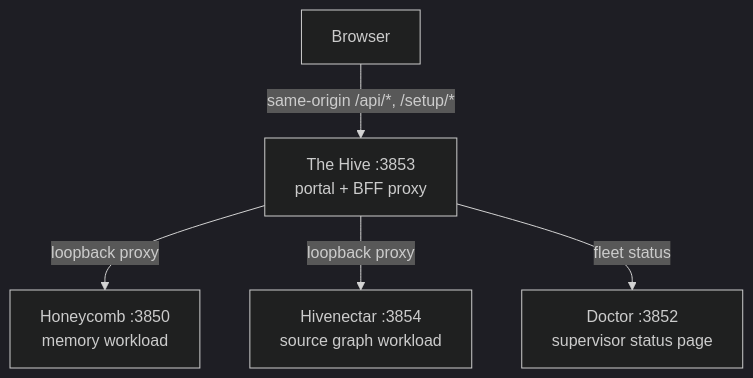
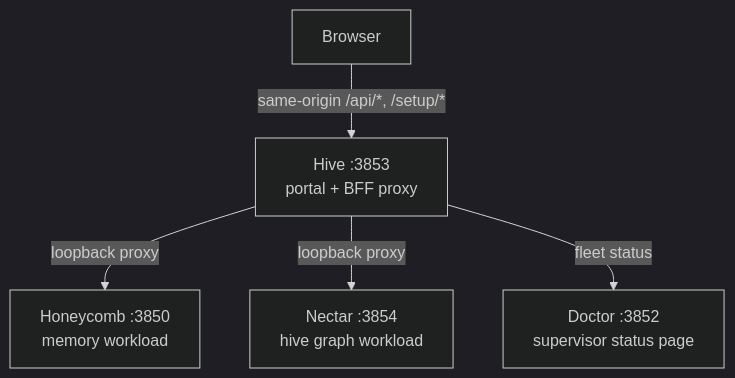
Before and after one commit to legioncodeinc/hive: the diagram in README.md, drawn with Mermaid (dark theme). The commit also changed other lines of this file and 107 other files, not shown here.

First line of the commit message:
feat!: global product rename per decision #35 (thehive -> hive, source graph -> hive graph)

````diff
--- a/README.md
+++ b/README.md
@@ -187,7 +187,7 @@
 ```mermaid
 flowchart TD
-    browser["Browser"] -->|"same-origin /api/*, /setup/*"| hive["The Hive :3853<br/>portal + BFF proxy"]
+    browser["Browser"] -->|"same-origin /api/*, /setup/*"| hive["Hive :3853<br/>portal + BFF proxy"]
     hive -->|"loopback proxy"| comb["Honeycomb :3850<br/>memory workload"]
-    hive -->|"loopback proxy"| nectar["Hivenectar :3854<br/>source graph workload"]
+    hive -->|"loopback proxy"| nectar["Nectar :3854<br/>hive graph workload"]
     hive -->|"fleet status"| doctor["Doctor :3852<br/>supervisor status page"]
 ```
````
